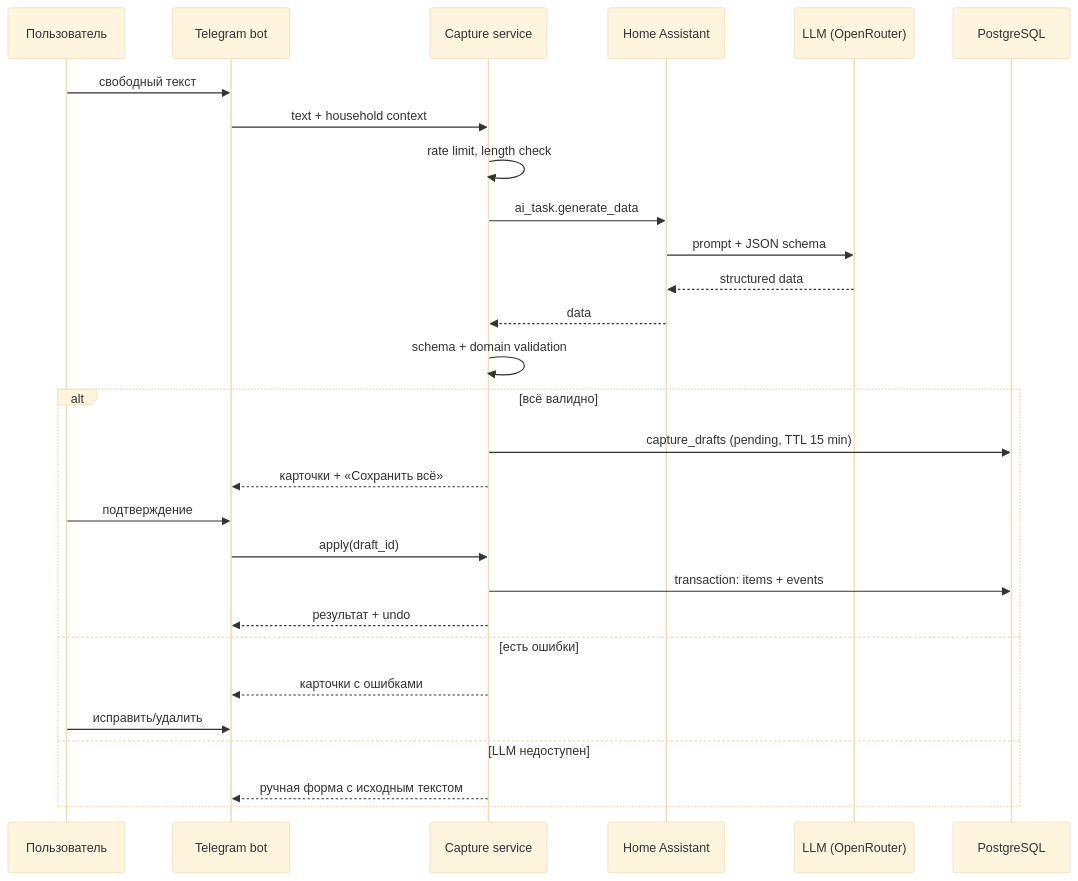
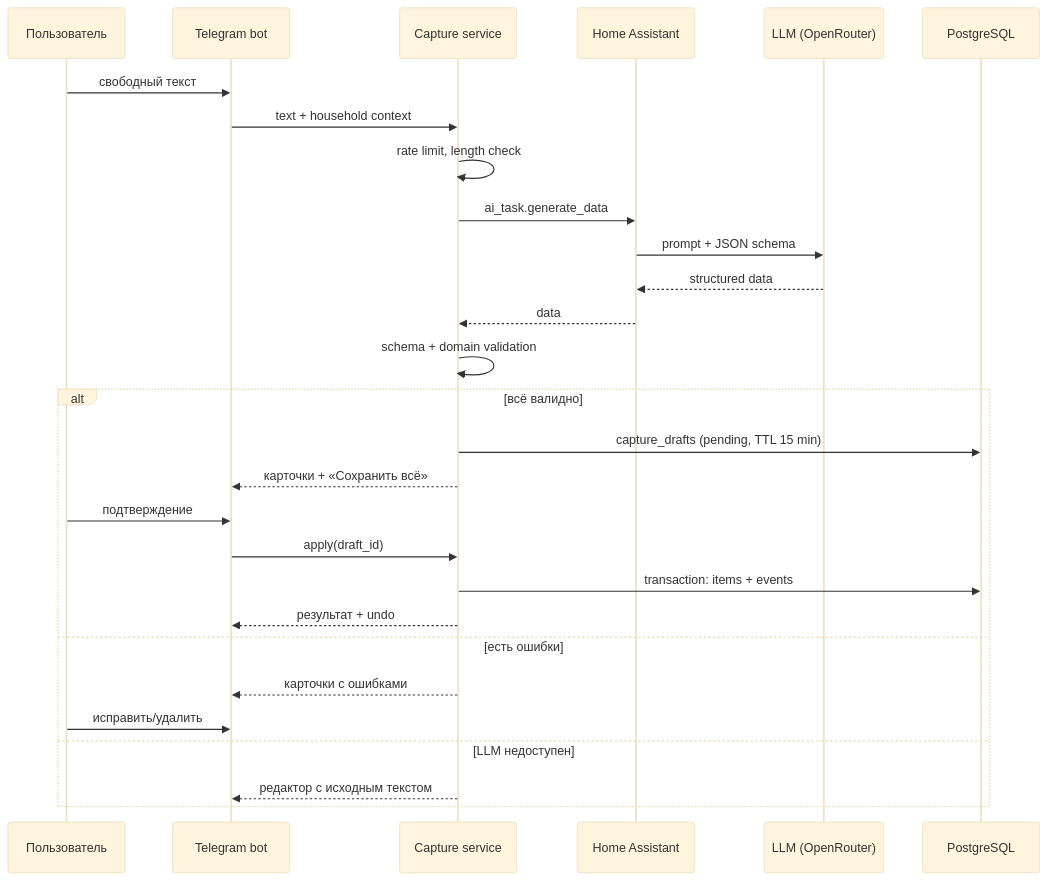
Before and after one commit to StellaLupus/tasklerq: the first of 2 diagrams in docs/llm-capture.md, drawn with Mermaid (base theme). The commit also changed other lines of this file and 6 other files, not shown here.

````diff
--- a/docs/llm-capture.md
+++ b/docs/llm-capture.md
@@ -37,31 +37,31 @@
 ```mermaid
 sequenceDiagram
     participant U as Пользователь
     participant B as Telegram bot
     participant C as Capture service
     participant HA as Home Assistant
     participant G as LLM (OpenRouter)
     participant DB as PostgreSQL
 
     U->>B: свободный текст
     B->>C: text + household context
     C->>C: rate limit, length check
     C->>HA: ai_task.generate_data
     HA->>G: prompt + JSON schema
     G-->>HA: structured data
     HA-->>C: data
     C->>C: schema + domain validation
     alt всё валидно
         C->>DB: capture_drafts (pending, TTL 15 min)
         C-->>B: карточки + «Сохранить всё»
         U->>B: подтверждение
         B->>C: apply(draft_id)
         C->>DB: transaction: items + events
         C-->>B: результат + undo
     else есть ошибки
         C-->>B: карточки с ошибками
         U->>B: исправить/удалить
     else LLM недоступен
-        C-->>B: ручная форма с исходным текстом
+        C-->>B: редактор с исходным текстом
     end
 ```
````
